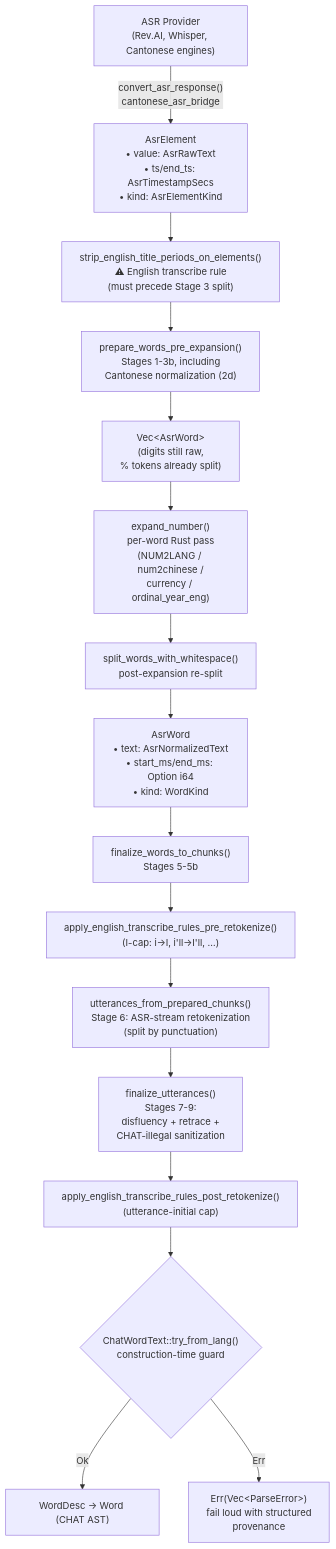
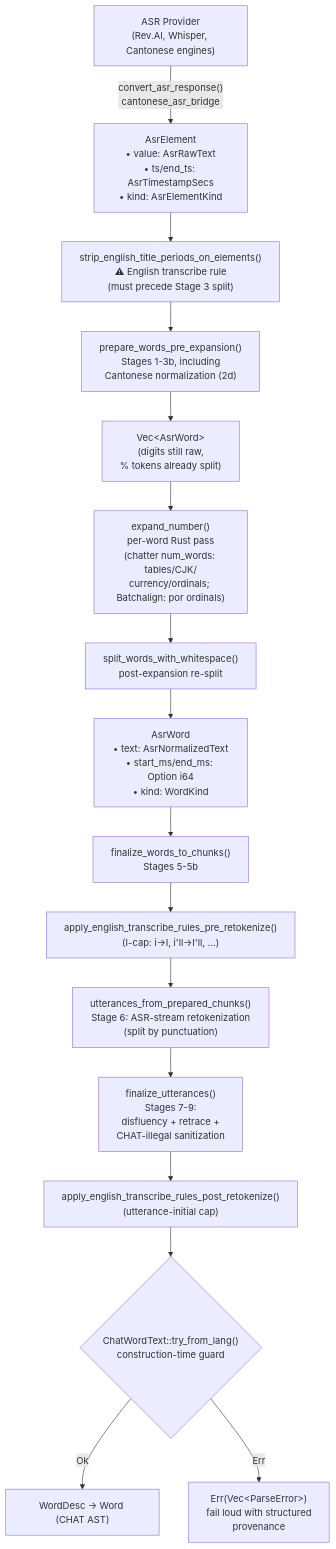
The first of 7 diagrams in book/src/batchalign/architecture/asr-token-pipeline.md (FranklinChen/talkbank-tools), drawn with Mermaid before and after one commit. The commit also changed other lines of this file and 32 other files, not shown here.

````diff
--- a/book/src/batchalign/architecture/asr-token-pipeline.md
+++ b/book/src/batchalign/architecture/asr-token-pipeline.md
@@ -40,26 +40,26 @@
 ```mermaid
 flowchart TD
     Provider["ASR Provider\n(Rev.AI, Whisper, Cantonese engines)"]
     AE["AsrElement\n&bull; value: AsrRawText\n&bull; ts/end_ts: AsrTimestampSecs\n&bull; kind: AsrElementKind"]
     EnTitlePeriod["strip_english_title_periods_on_elements()\n⚠ English transcribe rule\n(must precede Stage 3 split)"]
     Pre["prepare_words_pre_expansion()\nStages 1-3b, including\nCantonese normalization (2d)"]
     AW_pre["Vec&lt;AsrWord&gt;\n(digits still raw,\n% tokens already split)"]
-    Expand["expand_number()\nper-word Rust pass\n(NUM2LANG / num2chinese /\ncurrency / ordinal_year_eng)"]
+    Expand["expand_number()\nper-word Rust pass\n(chatter num_words: tables/CJK/\ncurrency/ordinals; Batchalign: por ordinals)"]
     Split["split_words_with_whitespace()\npost-expansion re-split"]
     AW["AsrWord\n&bull; text: AsrNormalizedText\n&bull; start_ms/end_ms: Option i64\n&bull; kind: WordKind"]
     Fin["finalize_words_to_chunks()\nStages 5-5b"]
     EnICap["apply_english_transcribe_rules_pre_retokenize()\n(I-cap: i→I, i'll→I'll, …)"]
     Retok["utterances_from_prepared_chunks()\nStage 6: ASR-stream retokenization\n(split by punctuation)"]
     Final["finalize_utterances()\nStages 7-9:\ndisfluency + retrace +\nCHAT-illegal sanitization"]
     EnUttCap["apply_english_transcribe_rules_post_retokenize()\n(utterance-initial cap)"]
     TryFrom{"ChatWordText::try_from_lang()\nconstruction-time guard"}
     Reject["Err(Vec&lt;ParseError&gt;)\nfail loud with structured\nprovenance"]
     WD["WordDesc → Word (CHAT AST)"]
 
     Provider -->|"convert_asr_response()\ncantonese_asr_bridge"| AE
     AE --> EnTitlePeriod --> Pre --> AW_pre
     AW_pre --> Expand
     Expand --> Split --> AW --> Fin --> EnICap --> Retok --> Final --> EnUttCap --> TryFrom
     TryFrom -->|"Ok"| WD
     TryFrom -->|"Err"| Reject
 ```
````
